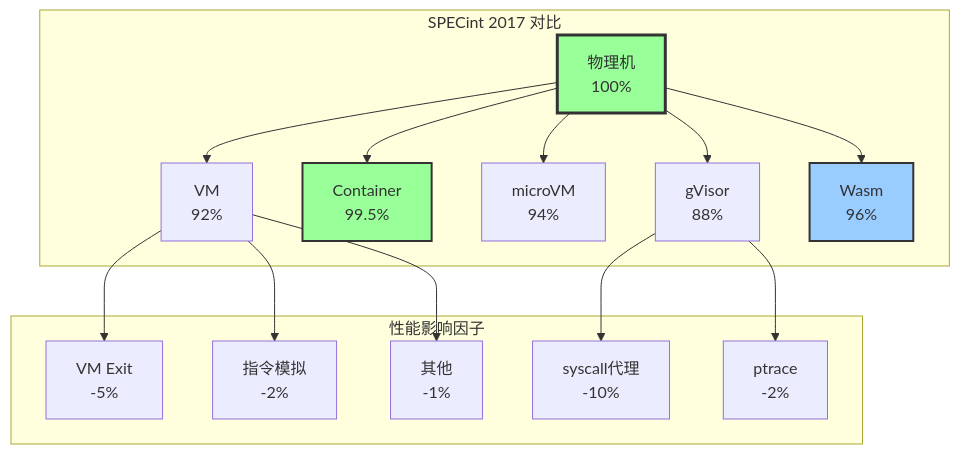
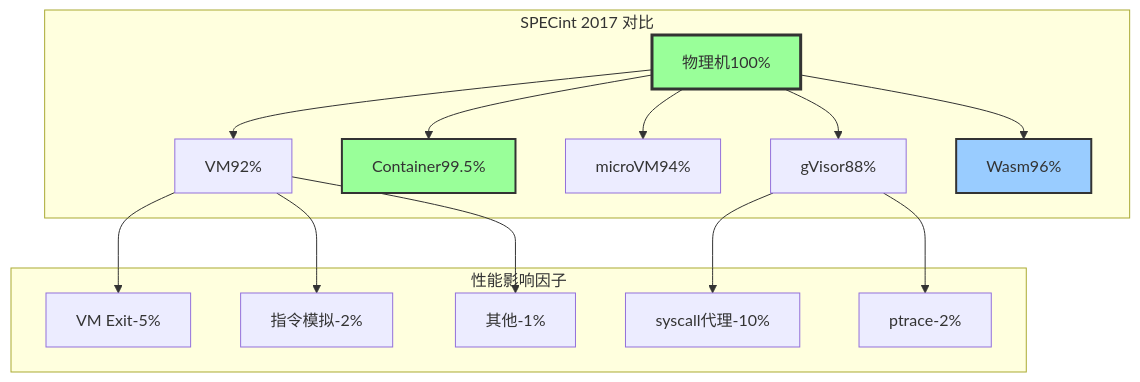
One commit to AdaMartin18010/vShpere_Docker changed the second of 7 diagrams in formal_container/09_多维度矩阵分析/02_性能对比矩阵_深度分析_2025.md. Above: the diagram before and after it, drawn with Mermaid. The commit also changed other lines of this file and 7 other files, not shown here.

````diff
--- a/formal_container/09_多维度矩阵分析/02_性能对比矩阵_深度分析_2025.md
+++ b/formal_container/09_多维度矩阵分析/02_性能对比矩阵_深度分析_2025.md
@@ -205,23 +208,23 @@
 ```mermaid
 graph TD
     subgraph Benchmark["SPECint 2017 对比"]
-        A[物理机<br/>100%] --> B[VM<br/>92%]
-        A --> C[Container<br/>99.5%]
-        A --> D[microVM<br/>94%]
-        A --> E[gVisor<br/>88%]
-        A --> F[Wasm<br/>96%]
+        A[物理机100%] --> B[VM92%]
+        A --> C[Container99.5%]
+        A --> D[microVM94%]
+        A --> E[gVisor88%]
+        A --> F[Wasm96%]
     end
     
     subgraph Factors["性能影响因子"]
-        B --> B1[VM Exit<br/>-5%]
-        B --> B2[指令模拟<br/>-2%]
-        B --> B3[其他<br/>-1%]
+        B --> B1[VM Exit-5%]
+        B --> B2[指令模拟-2%]
+        B --> B3[其他-1%]
         
-        E --> E1[syscall代理<br/>-10%]
-        E --> E2[ptrace<br/>-2%]
+        E --> E1[syscall代理-10%]
+        E --> E2[ptrace-2%]
     end
     
     style A fill:#9f9,stroke:#333,stroke-width:3px
     style C fill:#9f9,stroke:#333,stroke-width:2px
     style F fill:#9cf,stroke:#333,stroke-width:2px
 ```
````
